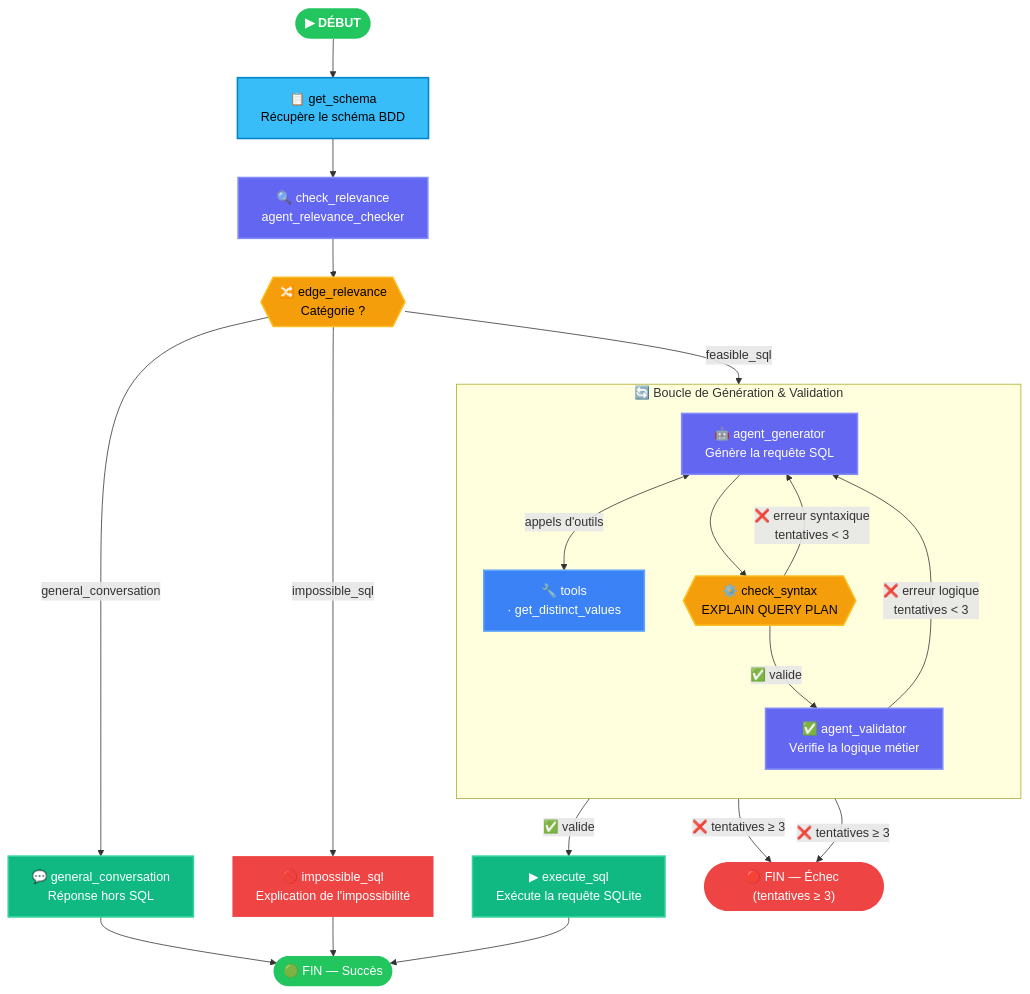
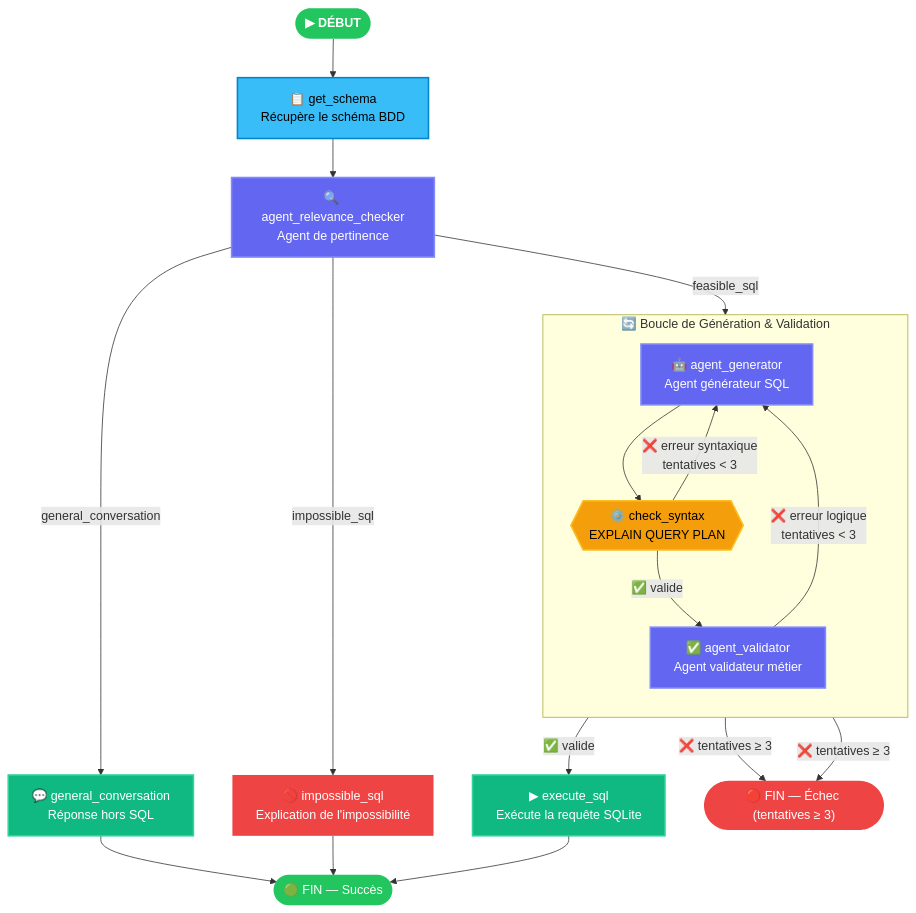
Before and after one commit to Julian-Gaye/TextToSQL: the first of 2 diagrams in README.md, drawn with Mermaid. The commit also changed other lines of this file and 1 other file, not shown here.

Commit message:
Improve readme

````diff
--- a/README.md
+++ b/README.md
@@ -29,55 +29,50 @@
 ```mermaid
 flowchart TD
     START(["▶ DÉBUT"]):::startNode
 
     SCHEMA["📋 get_schema\nRécupère le schéma BDD"]:::node
-    REL["🔍 check_relevance\nagent_relevance_checker"]:::agentNode
-    REL_COND{{"🔀 edge_relevance\nCatégorie ?"}}:::syntaxNode
+    REL["🔍 agent_relevance_checker\nAgent de pertinence"]:::agentNode
 
     GEN_CONV["💬 general_conversation\nRéponse hors SQL"]:::execNode
     IMP_SQL["🚫 impossible_sql\nExplication de l'impossibilité"]:::failNode
 
     subgraph LOOP ["🔄 Boucle de Génération & Validation"]
         direction TB
-        GEN["🤖 agent_generator\nGénère la requête SQL"]:::agentNode
-        TOOLS["🔧 tools\n· get_distinct_values"]:::toolNode
-        GEN <-->|"appels d'outils"| TOOLS
+        GEN["🤖 agent_generator\nAgent générateur SQL"]:::agentNode
         SYN{{"⚙️ check_syntax\nEXPLAIN QUERY PLAN"}}:::syntaxNode
-        VAL["✅ agent_validator\nVérifie la logique métier"]:::agentNode
+        VAL["✅ agent_validator\nAgent validateur métier"]:::agentNode
     end
 
     EXEC["▶ execute_sql\nExécute la requête SQLite"]:::execNode
     END_OK(["🟢 FIN — Succès"]):::successNode
     END_ERR(["🔴 FIN — Échec (tentatives ≥ 3)"]):::failNode
 
     START --> SCHEMA
     SCHEMA --> REL
-    REL --> REL_COND
 
-    REL_COND -- "general_conversation" --> GEN_CONV
-    REL_COND -- "impossible_sql" --> IMP_SQL
-    REL_COND -- "feasible_sql" --> GEN
+    REL -- "general_conversation" --> GEN_CONV
+    REL -- "impossible_sql" --> IMP_SQL
+    REL -- "feasible_sql" --> GEN
 
     GEN --> SYN
 
     SYN -- "✅ valide" --> VAL
     SYN -- "❌ erreur syntaxique\ntentatives < 3" --> GEN
     SYN -- "❌ tentatives ≥ 3" --> END_ERR
 
     VAL -- "✅ valide" --> EXEC
     VAL -- "❌ erreur logique\ntentatives < 3" --> GEN
     VAL -- "❌ tentatives ≥ 3" --> END_ERR
 
     GEN_CONV --> END_OK
     IMP_SQL --> END_OK
     EXEC --> END_OK
 
     classDef startNode   fill:#22c55e,color:#fff,stroke:none,font-weight:bold
     classDef agentNode   fill:#6366f1,color:#fff,stroke:#818cf8,stroke-width:2px
     classDef node        fill:#38bdf8,color:#000,stroke:#0284c7,stroke-width:2px
-    classDef toolNode    fill:#3b82f6,color:#fff,stroke:#60a5fa,stroke-width:2px
     classDef syntaxNode  fill:#f59e0b,color:#000,stroke:#fbbf24,stroke-width:2px
     classDef execNode    fill:#10b981,color:#fff,stroke:#34d399,stroke-width:2px
     classDef failNode    fill:#ef4444,color:#fff,stroke:none
     classDef successNode fill:#22c55e,color:#fff,stroke:none
 ```
````
